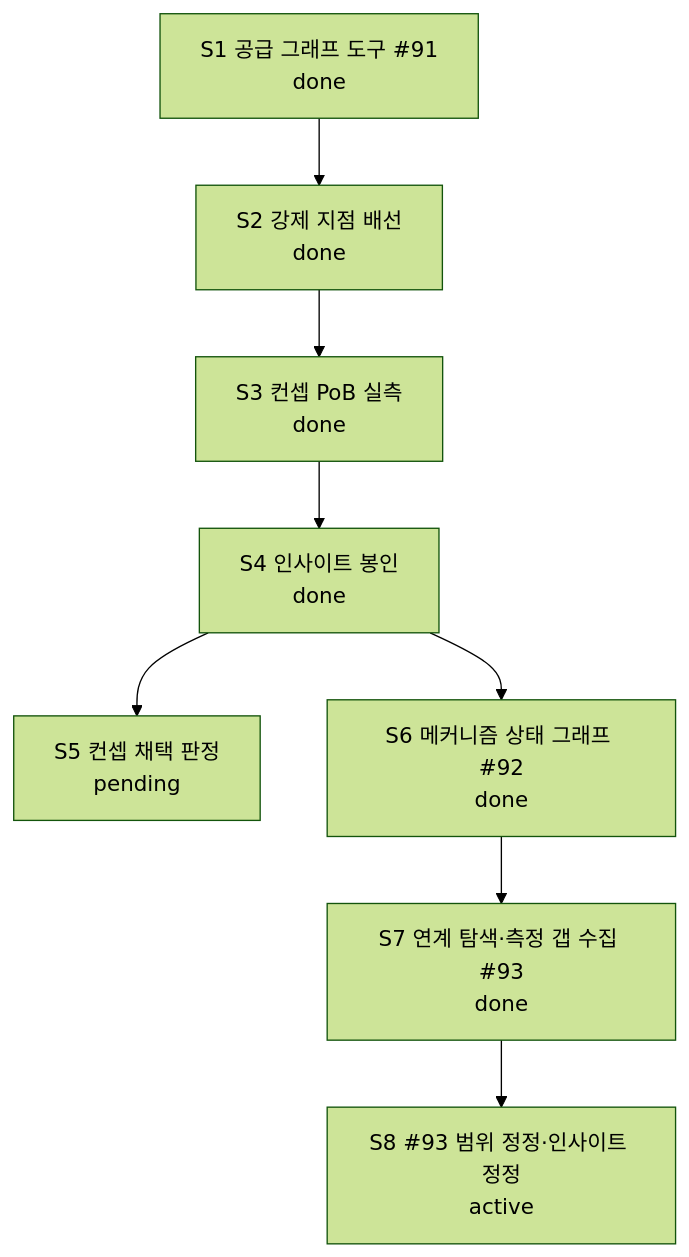
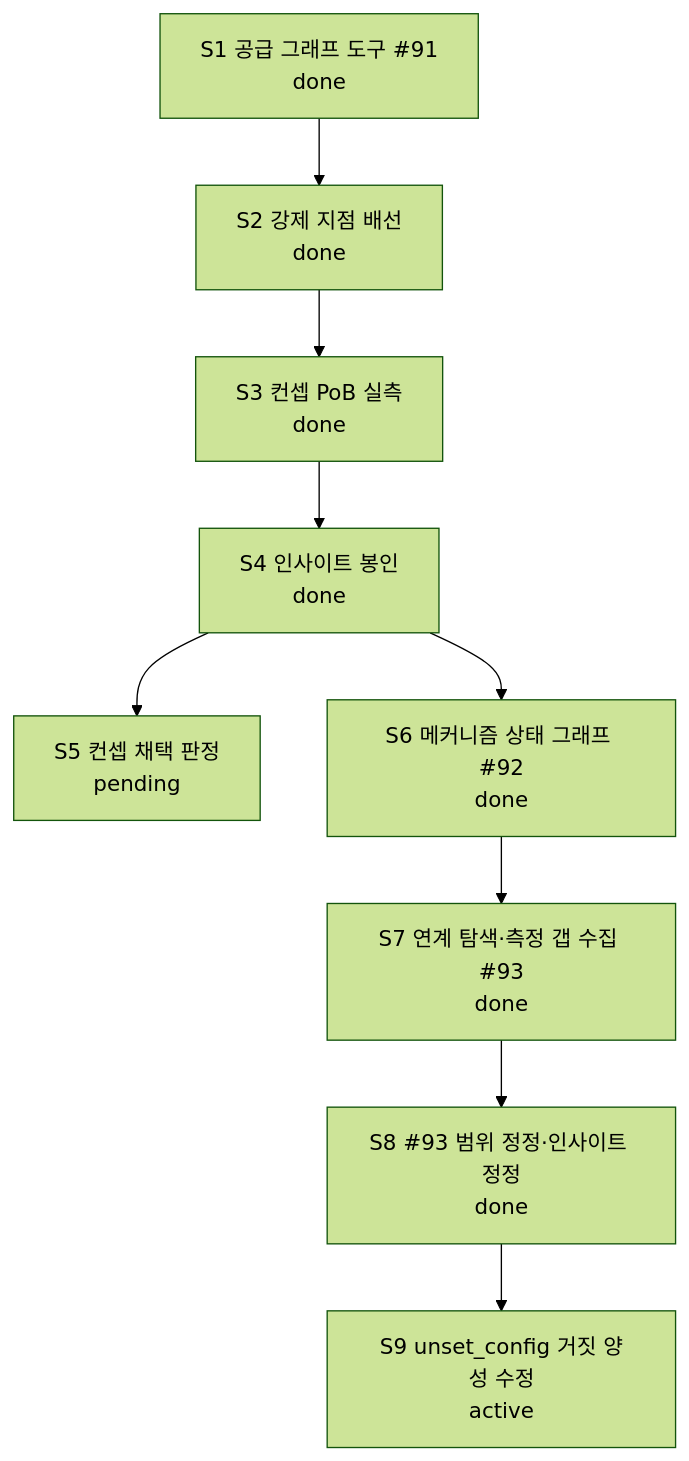
Before and after one commit to skerfolg/poe2-ai-wiki: the diagram in docs/CURRENT-PLAN.md, drawn with Mermaid (forest theme). The commit also changed other lines of this file and 4 other files, not shown here.

First line of the commit message:
#93 해결 — unset_config 거짓 양성 2종 차단 (극성·승수형 의미)

````diff
--- a/docs/CURRENT-PLAN.md
+++ b/docs/CURRENT-PLAN.md
@@ -22,13 +22,14 @@
 ```mermaid
 flowchart TD
   TOOL["S1 공급 그래프 도구 #91<br/>done"]
   WIRE["S2 강제 지점 배선<br/>done"]
   MEASURE["S3 컨셉 PoB 실측<br/>done"]
   SEAL["S4 인사이트 봉인<br/>done"]
   VERDICT["S5 컨셉 채택 판정<br/>pending"]
   MECH["S6 메커니즘 상태 그래프 #92<br/>done"]
   GAPS["S7 연계 탐색·측정 갭 수집 #93<br/>done"]
-  FIX["S8 #93 범위 정정·인사이트 정정<br/>active"]
+  FIX["S8 #93 범위 정정·인사이트 정정<br/>done"]
+  ROOT["S9 unset_config 거짓 양성 수정<br/>active"]
   TOOL --> WIRE --> MEASURE --> SEAL --> VERDICT
-  SEAL --> MECH --> GAPS --> FIX
+  SEAL --> MECH --> GAPS --> FIX --> ROOT
 ```
````
